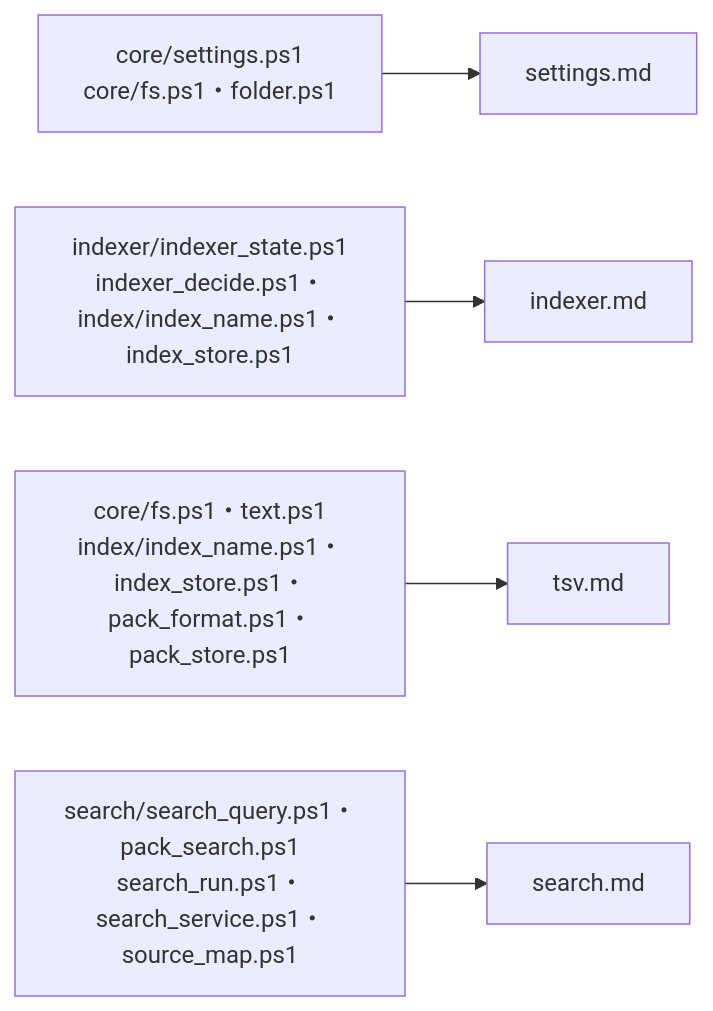
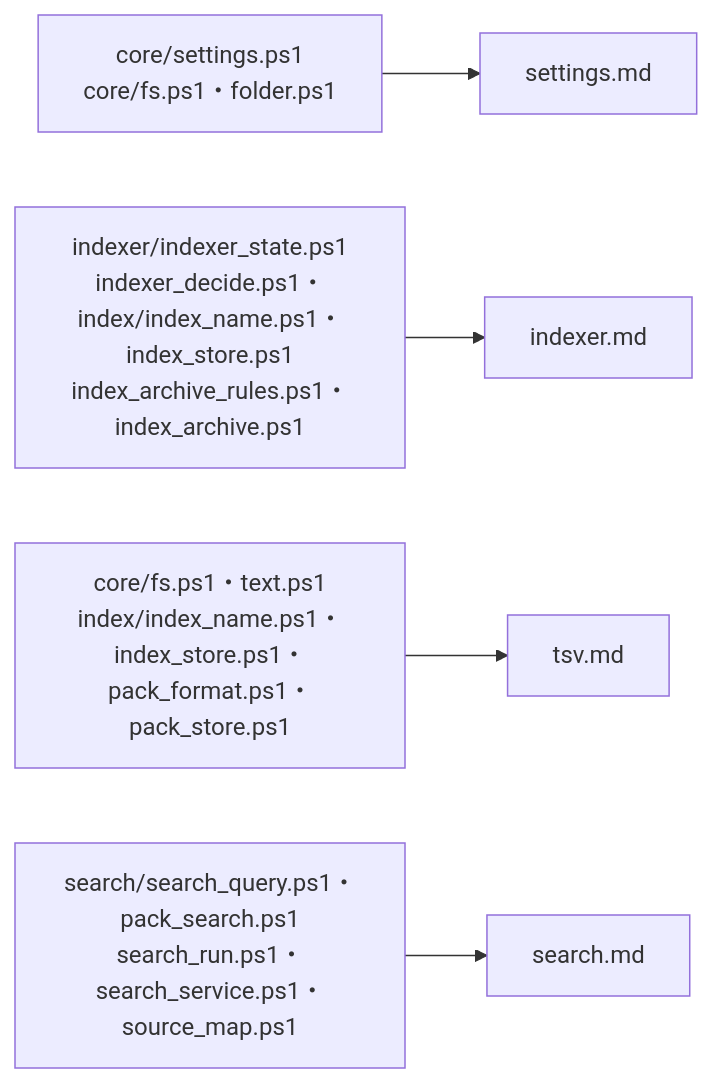
Before and after one commit to hsgwa/tebunko: the first of 3 diagrams in docs/design/reference/index.md, drawn with Mermaid. The commit also changed 11 other files, not shown here.

````diff
--- a/docs/design/reference/index.md
+++ b/docs/design/reference/index.md
@@ -12,7 +12,7 @@
 ```mermaid
 flowchart LR
     settings["core/settings.ps1<br>core/fs.ps1・folder.ps1"] --> P1["settings.md"]
-    indexer["indexer/indexer_state.ps1<br>indexer_decide.ps1・index/index_name.ps1・index_store.ps1"] --> P2["indexer.md"]
+    indexer["indexer/indexer_state.ps1<br>indexer_decide.ps1・index/index_name.ps1・index_store.ps1<br>index_archive_rules.ps1・index_archive.ps1"] --> P2["indexer.md"]
     tsv["core/fs.ps1・text.ps1<br>index/index_name.ps1・index_store.ps1・pack_format.ps1・pack_store.ps1"] --> P3["tsv.md"]
     search["search/search_query.ps1・pack_search.ps1<br>search_run.ps1・search_service.ps1・source_map.ps1"] --> P4["search.md"]
 ```
````
